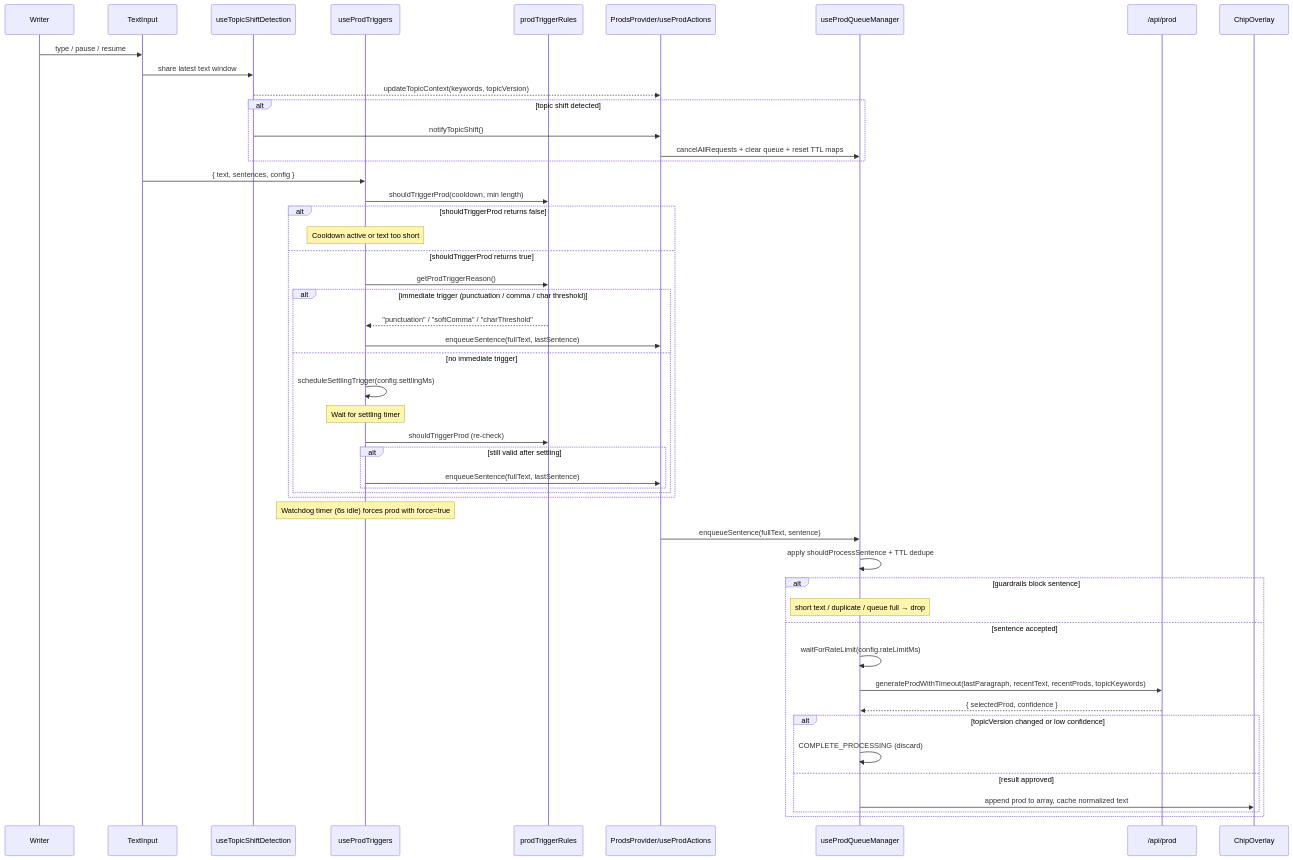
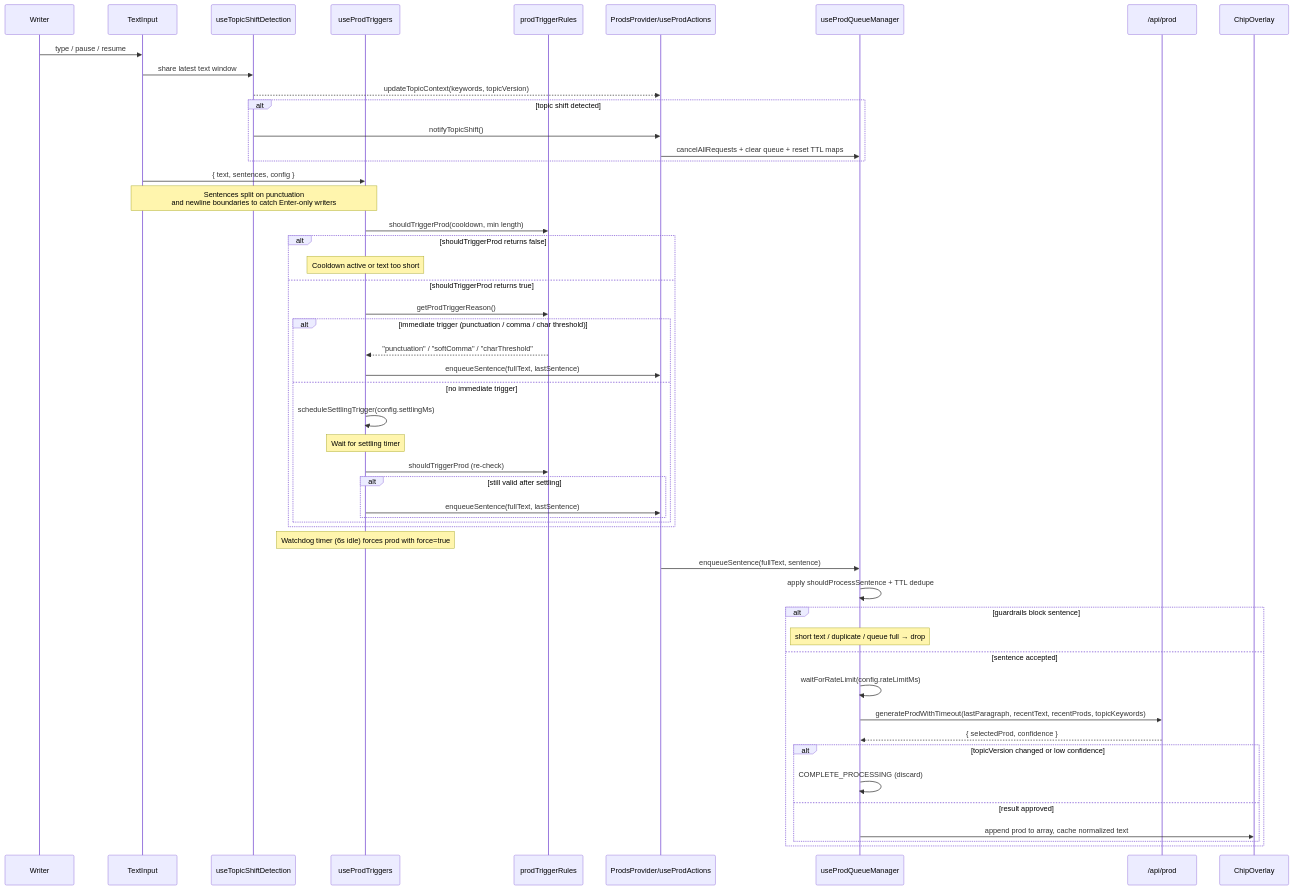
One commit to andreicstoica/refract changed the diagram in docs/diagrams/prod-triggers.mmd. Above: the diagram before and after it, drawn with Mermaid. The commit also changed 6 other files, not shown here.

Commit message:
fix(sentence splitting): consider new lines as punctuation - Enhanced `sentences.ts` to treat newline characters as sentence boundaries and updated related tests for accuracy. - Updated various docs to reflect this change - Added tests to reflect this change

```diff
--- a/docs/diagrams/prod-triggers.mmd
+++ b/docs/diagrams/prod-triggers.mmd
@@ -1,62 +1,63 @@
 sequenceDiagram
   participant Writer
   participant TextInput
   participant Topic as useTopicShiftDetection
   participant Triggers as useProdTriggers
   participant Rules as prodTriggerRules
   participant Actions as ProdsProvider/useProdActions
   participant Guards as useProdQueueManager
   participant API as /api/prod
   participant Chips as ChipOverlay
 
   Writer->>TextInput: type / pause / resume
   TextInput->>Topic: share latest text window
   
   Topic-->>Actions: updateTopicContext(keywords, topicVersion)
   
   alt topic shift detected
     Topic->>Actions: notifyTopicShift()
     Actions->>Guards: cancelAllRequests + clear queue + reset TTL maps
   end
   
   TextInput->>Triggers: { text, sentences, config }
+  Note over TextInput,Triggers: Sentences split on punctuation<br>and newline boundaries to catch Enter-only writers
   
   Triggers->>Rules: shouldTriggerProd(cooldown, min length)
   
   alt shouldTriggerProd returns false
     Note over Triggers: Cooldown active or text too short
   else shouldTriggerProd returns true
     Triggers->>Rules: getProdTriggerReason()
     
     alt immediate trigger (punctuation / comma / char threshold)
       Rules-->>Triggers: "punctuation" / "softComma" / "charThreshold"
       Triggers->>Actions: enqueueSentence(fullText, lastSentence)
     else no immediate trigger
       Triggers->>Triggers: scheduleSettlingTrigger(config.settlingMs)
       Note over Triggers: Wait for settling timer
       Triggers->>Rules: shouldTriggerProd (re-check)
       alt still valid after settling
         Triggers->>Actions: enqueueSentence(fullText, lastSentence)
       end
     end
   end
   
   Note over Triggers: Watchdog timer (6s idle) forces prod with force=true
   
   Actions->>Guards: enqueueSentence(fullText, sentence)
   
   Guards->>Guards: apply shouldProcessSentence + TTL dedupe
   
   alt guardrails block sentence
     Note over Guards: short text / duplicate / queue full → drop
   else sentence accepted
     Guards->>Guards: waitForRateLimit(config.rateLimitMs)
     Guards->>API: generateProdWithTimeout(lastParagraph, recentText, recentProds, topicKeywords)
     API-->>Guards: { selectedProd, confidence }
     
     alt topicVersion changed or low confidence
       Guards->>Guards: COMPLETE_PROCESSING (discard)
     else result approved
       Guards->>Chips: append prod to array, cache normalized text
     end
   end
```
